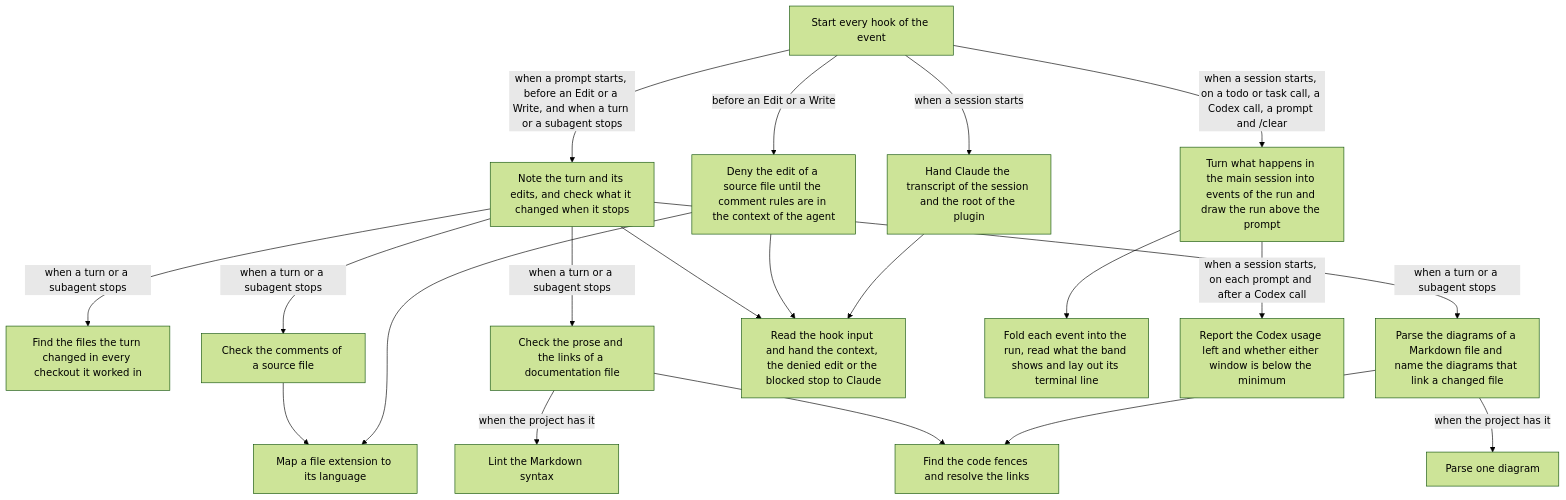
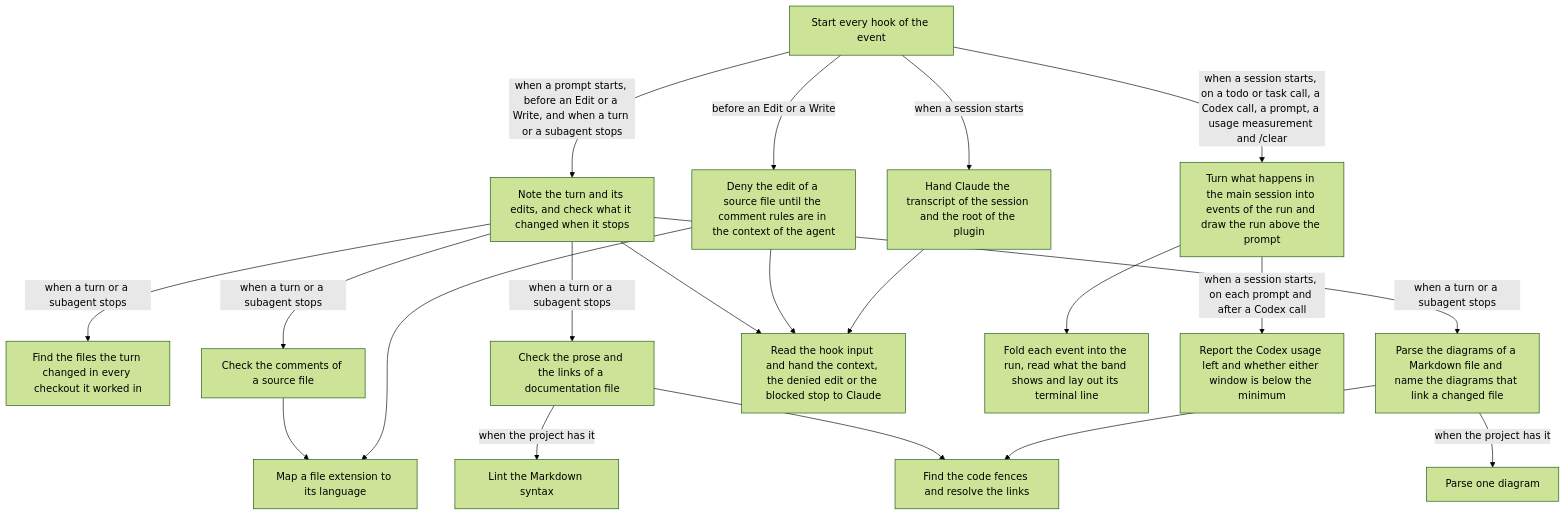
The diagram in hooks/README.md (renefatuaki/skills), drawn with Mermaid (forest theme) before and after one commit. The commit also changed other lines of this file and 5 other files, not shown here.

First line of the commit message:
feat(hooks): show how much of the Claude session is left above the prompt

````diff
--- a/hooks/README.md
+++ b/hooks/README.md
@@ -5,24 +5,24 @@
 ```mermaid
 flowchart TD
   accTitle: What happens when a session starts, while a turn runs, and while Claude works through a todo list?
   hooksJson["Start every hook of the event"]
   hooksJson -->|"when a session starts"| sessionContext["Hand Claude the transcript of the session and the root of the plugin"]
   hooksJson -->|"before an Edit or a Write"| loadCommentRules["Deny the edit of a source file until the comment rules are in the context of the agent"]
   hooksJson -->|"when a prompt starts, before an Edit or a Write, and when a turn or a subagent stops"| checkTurn["Note the turn and its edits, and check what it changed when it stops"]
-  hooksJson -->|"when a session starts, on a todo or task call, a Codex call, a prompt and /clear"| progress["Turn what happens in the main session into events of the run and draw the run above the prompt"]
+  hooksJson -->|"when a session starts, on a todo or task call, a Codex call, a prompt, a usage measurement and /clear"| progress["Turn what happens in the main session into events of the run and draw the run above the prompt"]
   checkTurn -->|"when a turn or a subagent stops"| changes["Find the files the turn changed in every checkout it worked in"]
   checkTurn -->|"when a turn or a subagent stops"| comments["Check the comments of a source file"]
   checkTurn -->|"when a turn or a subagent stops"| docs["Check the prose and the links of a documentation file"]
   checkTurn -->|"when a turn or a subagent stops"| diagrams["Parse the diagrams of a Markdown file and name the diagrams that link a changed file"]
   docs -->|"when the project has it"| markdownlint["Lint the Markdown syntax"]
   diagrams -->|"when the project has it"| mermaid["Parse one diagram"]
   docs --> markdown["Find the code fences and resolve the links"]
   diagrams --> markdown
   comments --> languages["Map a file extension to its language"]
   loadCommentRules --> languages
   checkTurn --> hook["Read the hook input and hand the context, the denied edit or the blocked stop to Claude"]
   loadCommentRules --> hook
   sessionContext --> hook
   progress --> run["Fold each event into the run, read what the band shows and lay out its terminal line"]
   progress -->|"when a session starts, on each prompt and after a Codex call"| codexModel["Report the Codex usage left and whether either window is below the minimum"]
 ```
````
